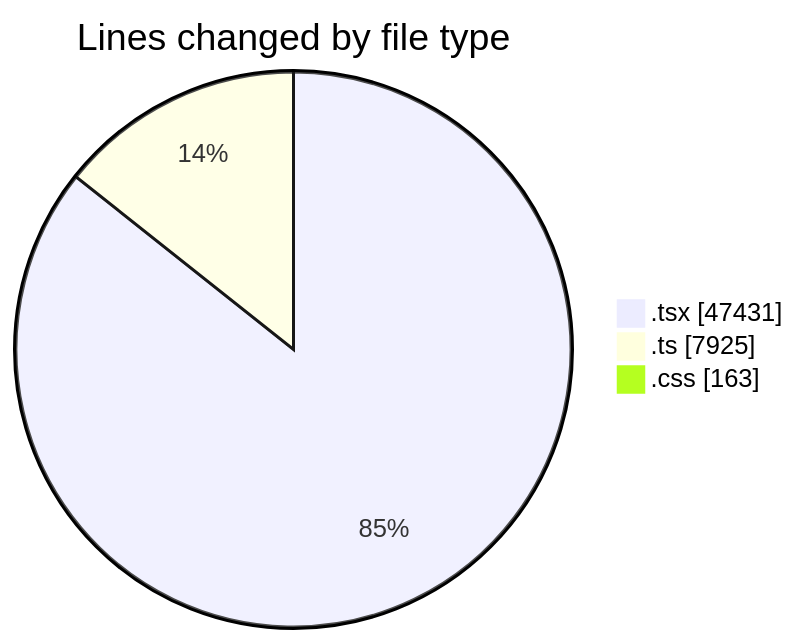
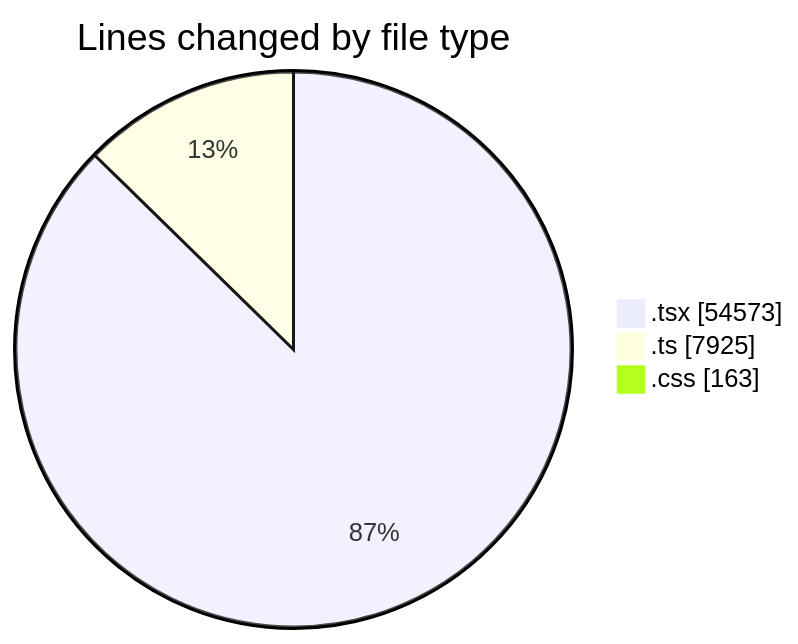
One commit to nxtqubesakshisongat/code-tracking changed the first of 2 diagrams in 2026-08-23/nxtqube_webapp/README.md. Above: the diagram before and after it, drawn with Mermaid. The commit also changed other lines of this file and 1 other file, not shown here.

````diff
--- a/2026-08-23/nxtqube_webapp/README.md
+++ b/2026-08-23/nxtqube_webapp/README.md
@@ -118,7 +120,7 @@
 ```mermaid
 pie showData
 title Lines changed by file type
-".tsx" : 47431
+".tsx" : 54573
 ".ts" : 7925
 ".css" : 163
 ```
````
